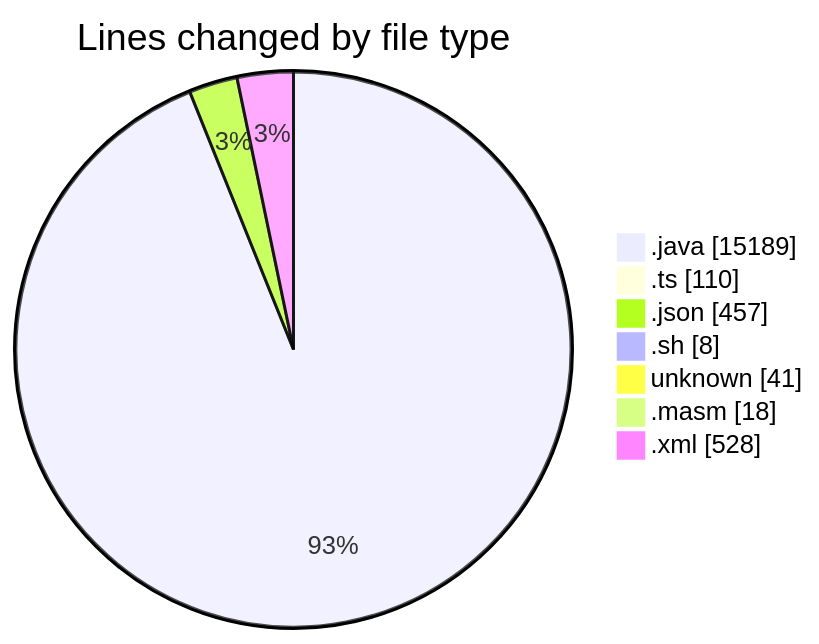
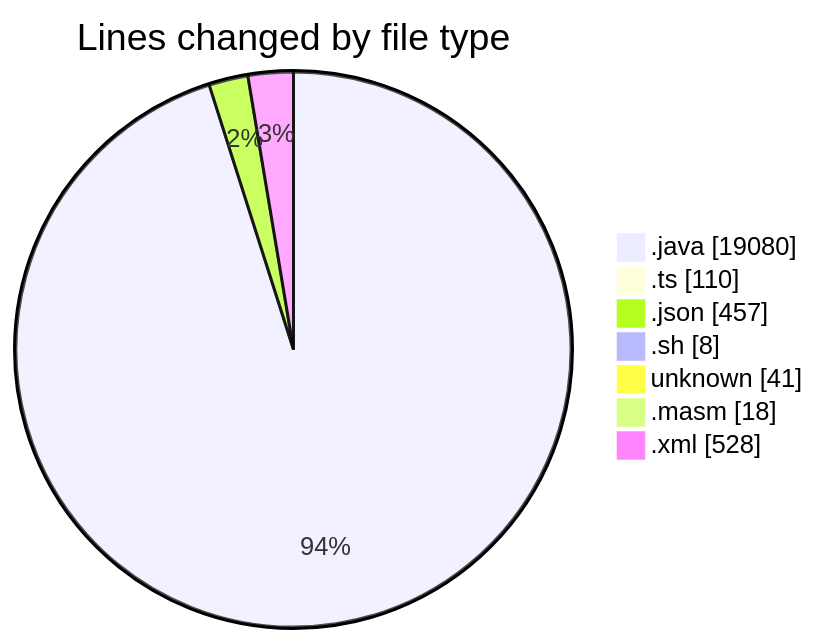
The first of 2 diagrams in 2025-02-20/micros/README.md (charlie-sans/code-tracking), drawn with Mermaid before and after one commit. The commit also changed other lines of this file and 1 other file, not shown here.

````diff
--- a/2025-02-20/micros/README.md
+++ b/2025-02-20/micros/README.md
@@ -69,11 +69,11 @@
 ```mermaid
 pie showData
 title Lines changed by file type
-".java" : 15189
+".java" : 19080
 ".ts" : 110
 ".json" : 457
 ".sh" : 8
 "unknown" : 41
 ".masm" : 18
 ".xml" : 528
 ```
````
